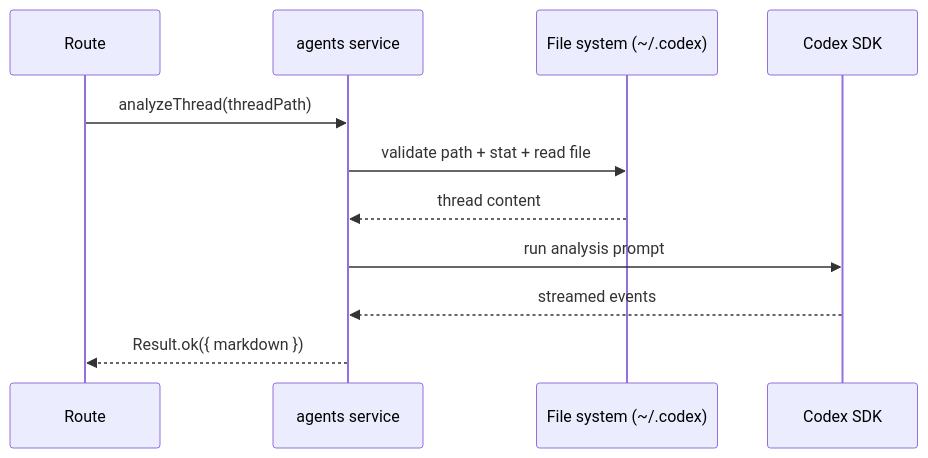
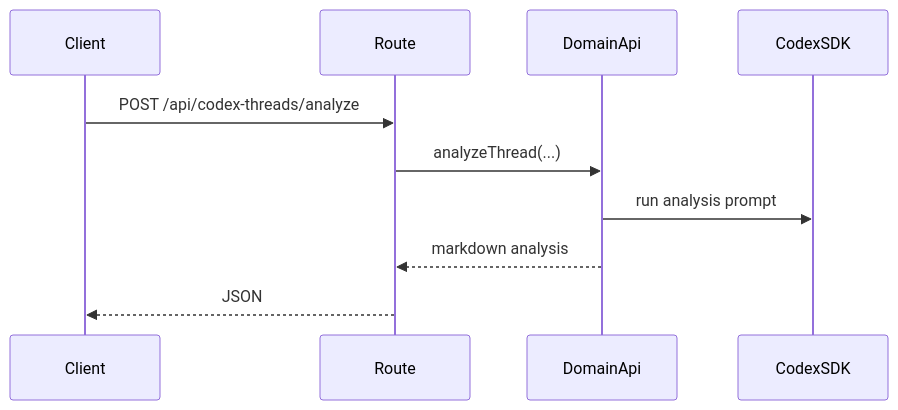
Before and after one commit to TurtleStoffel/tektite-console: the fourth of 5 diagrams in src/backend/domains/agents/README.md, drawn with Mermaid. The commit also changed other lines of this file and 30 other files, not shown here.

Commit message:
split domainApi from service

````diff
--- a/src/backend/domains/agents/README.md
+++ b/src/backend/domains/agents/README.md
@@ -72,13 +54,12 @@
 ```mermaid
 sequenceDiagram
+    participant Client
     participant Route
-    participant Service as agents service
-    participant FS as File system (~/.codex)
-    participant Codex as Codex SDK
-    Route->>Service: analyzeThread(threadPath)
-    Service->>FS: validate path + stat + read file
-    FS-->>Service: thread content
-    Service->>Codex: run analysis prompt
-    Codex-->>Service: streamed events
-    Service-->>Route: Result.ok({ markdown })
+    participant DomainApi
+    participant CodexSDK
+    Client->>Route: POST /api/codex-threads/analyze
+    Route->>DomainApi: analyzeThread(...)
+    DomainApi->>CodexSDK: run analysis prompt
+    DomainApi-->>Route: markdown analysis
+    Route-->>Client: JSON
 ```
````
